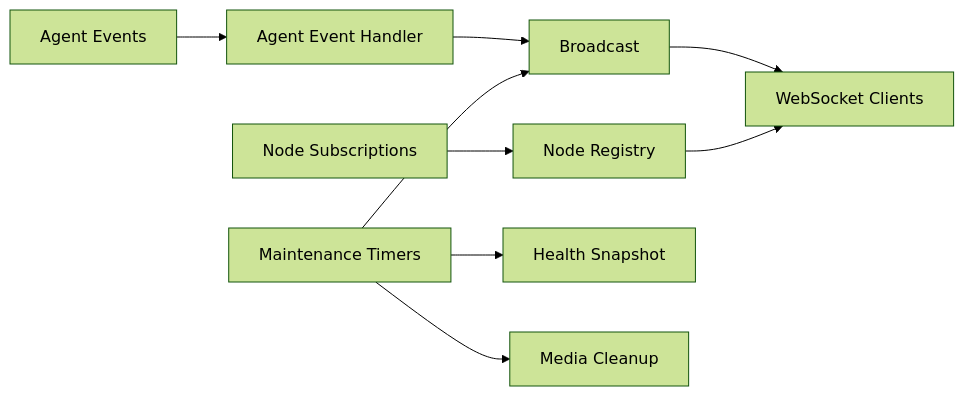
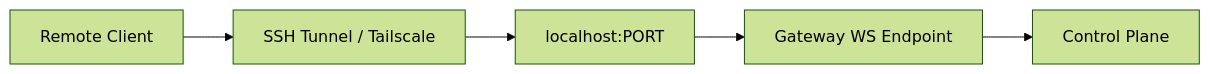
One commit to botx-work/OpenClaw-Internals changed the ninth of 10 diagrams in repowiki/en/content/Gateway System/Gateway System.md. Above: the diagram before and after it, drawn with Mermaid (forest theme). The commit also changed other lines of this file and 332 other files, not shown here.

````diff
--- a/repowiki/en/content/Gateway System/Gateway System.md
+++ b/repowiki/en/content/Gateway System/Gateway System.md
@@ -305,11 +303,7 @@
 ```mermaid
 graph LR
-A["Agent Events"] --> B["Agent Event Handler"]
-B --> C["Broadcast"]
-D["Node Subscriptions"] --> E["Node Registry"]
-C --> F["WebSocket Clients"]
-E --> F
-G["Maintenance Timers"] --> C
-G --> H["Health Snapshot"]
-G --> I["Media Cleanup"]
+Remote["Remote Client"] --> Tunnel["SSH Tunnel / Tailscale"]
+Tunnel --> Local["localhost:PORT"]
+Local --> WS["Gateway WS Endpoint"]
+WS --> CTRL["Control Plane"]
 ```
````
